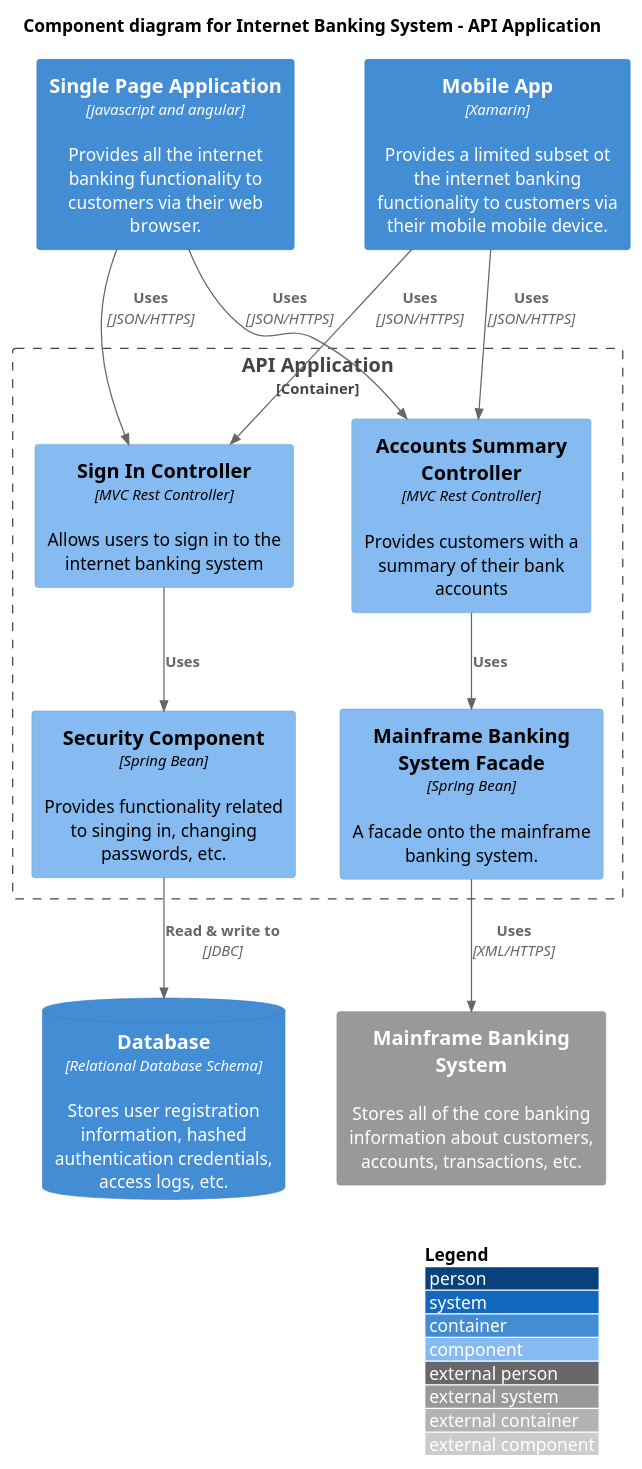
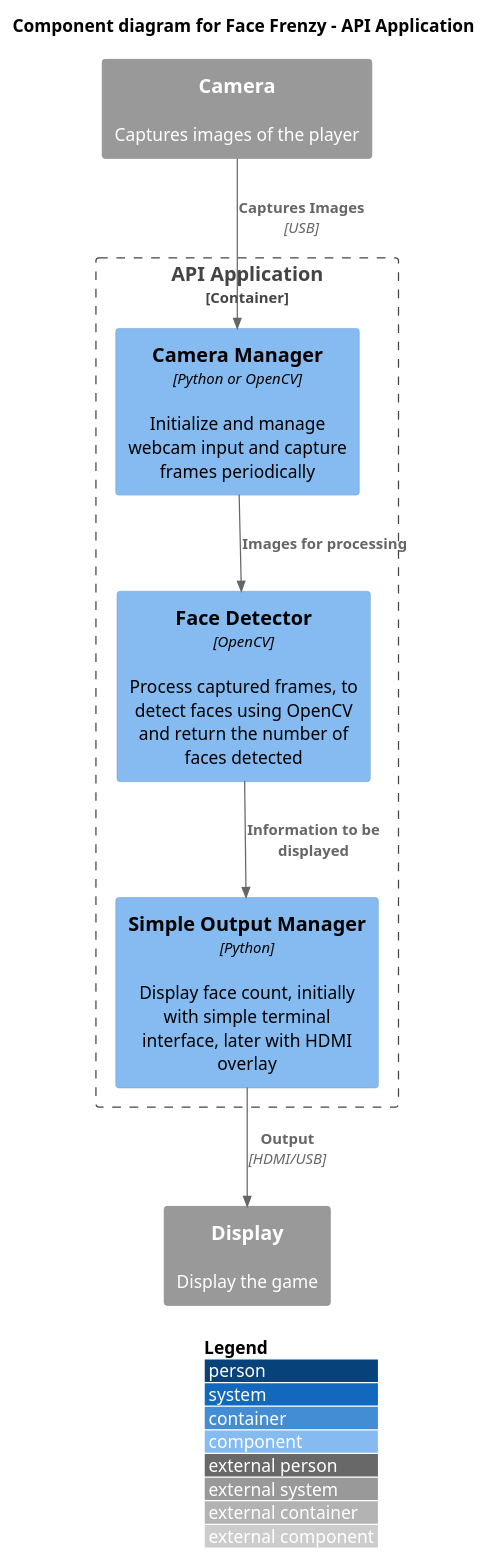
Before and after one commit to Kacper-Grzyb/dse-face-frenzy: the diagram in 2-Class/Component-Diagrams/image-capture.puml, drawn with PlantUML.

Commit message:
Component Diagram Done WRONG

```diff
--- a/2-Class/Component-Diagrams/image-capture.puml
+++ b/2-Class/Component-Diagrams/image-capture.puml
@@ -1,32 +1,25 @@
 @startuml
 !include https://raw.githubusercontent.com/plantuml-stdlib/C4-PlantUML/master/C4_Component.puml
 ' uncomment the following line and comment the first to use locally
 ' !include <C4/C4_Component.puml>
 
 LAYOUT_WITH_LEGEND()
 
-title Component diagram for Internet Banking System - API Application
+title Component diagram for Face Frenzy - API Application
 
-Container(spa, "Single Page Application", "javascript and angular", "Provides all the internet banking functionality to customers via their web browser.")
-Container(ma, "Mobile App", "Xamarin", "Provides a limited subset ot the internet banking functionality to customers via their mobile mobile device.")
-ContainerDb(db, "Database", "Relational Database Schema", "Stores user registration information, hashed authentication credentials, access logs, etc.")
-System_Ext(mbs, "Mainframe Banking System", "Stores all of the core banking information about customers, accounts, transactions, etc.")
+System_Ext(camera, "Camera", "Captures images of the player")
+System_Ext(display, "Display", "Display the game")
 
 Container_Boundary(api, "API Application") {
-    Component(sign, "Sign In Controller", "MVC Rest Controller", "Allows users to sign in to the internet banking system")
-    Component(accounts, "Accounts Summary Controller", "MVC Rest Controller", "Provides customers with a summary of their bank accounts")
-    Component(security, "Security Component", "Spring Bean", "Provides functionality related to singing in, changing passwords, etc.")
-    Component(mbsfacade, "Mainframe Banking System Facade", "Spring Bean", "A facade onto the mainframe banking system.")
+    Component(cameraManager, "Camera Manager", "Python or OpenCV", "Initialize and manage webcam input and capture frames periodically")
+    Component(faceDetector, "Face Detector", "OpenCV", "Process captured frames, to detect faces using OpenCV and return the number of faces detected")
+    Component(simpleOutputManager, "Simple Output Manager", "Python", "Display face count, initially with simple terminal interface, later with HDMI overlay")
 
-    Rel(sign, security, "Uses")
-    Rel(accounts, mbsfacade, "Uses")
-    Rel(security, db, "Read & write to", "JDBC")
-    Rel(mbsfacade, mbs, "Uses", "XML/HTTPS")
+    Rel(cameraManager, faceDetector, "Images for processing")
+    Rel(faceDetector, simpleOutputManager, "Information to be displayed")
 }
 
-Rel(spa, sign, "Uses", "JSON/HTTPS")
-Rel(spa, accounts, "Uses", "JSON/HTTPS")
+Rel(camera, cameraManager, "Captures Images", "USB")
+Rel(simpleOutputManager, display, "Output", "HDMI/USB")
 
-Rel(ma, sign, "Uses", "JSON/HTTPS")
-Rel(ma, accounts, "Uses", "JSON/HTTPS")
 @enduml
```
